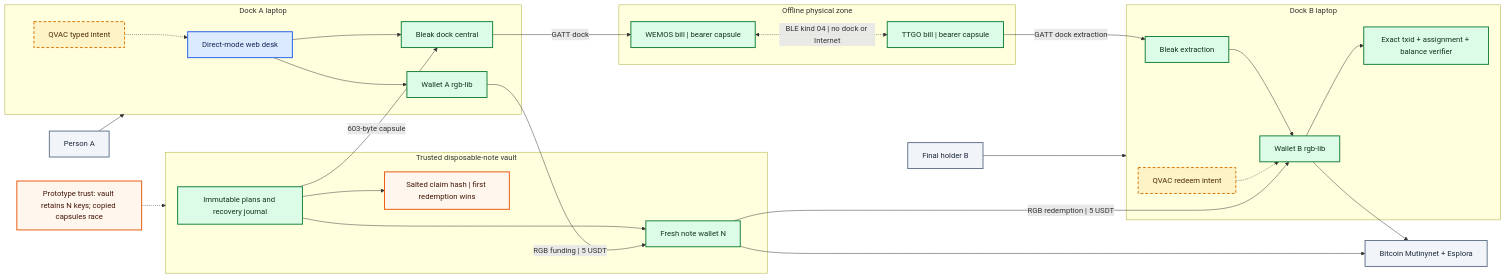
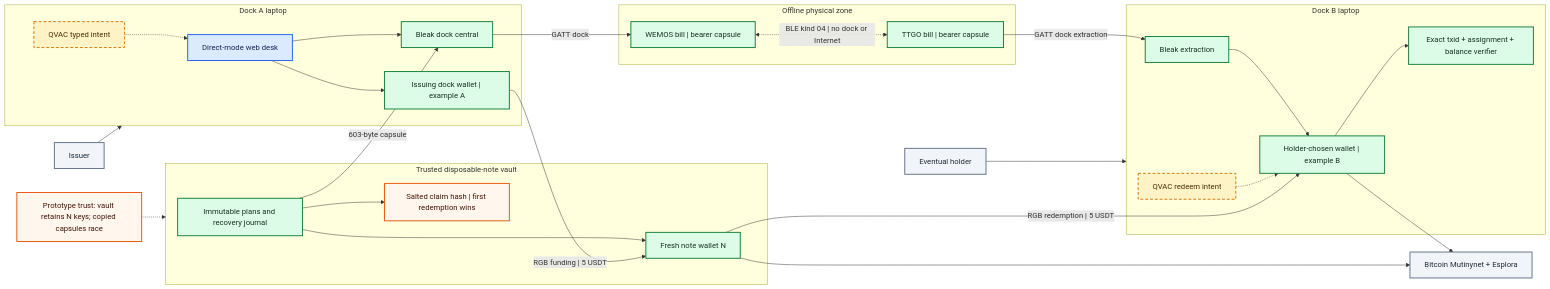
The diagram in docs/diagrams/src/01-system-architecture.mmd (EdwinKestler/bill), drawn with Mermaid before and after one commit. The commit also changed 47 other files, not shown here.

Commit message:
Ship offline RGB bearer-note web flow

```diff
--- a/docs/diagrams/src/01-system-architecture.mmd
+++ b/docs/diagrams/src/01-system-architecture.mmd
@@ -1,57 +1,57 @@
 flowchart LR
     classDef verified fill:#dcfce7,stroke:#16803a,color:#12351f,stroke-width:2px
     classDef implemented fill:#dbeafe,stroke:#2563eb,color:#172554,stroke-width:2px
     classDef planned fill:#fef3c7,stroke:#d97706,color:#4a2b05,stroke-width:2px,stroke-dasharray:6 4
     classDef external fill:#f1f5f9,stroke:#64748b,color:#1e293b,stroke-width:2px
     classDef warning fill:#fff7ed,stroke:#ea580c,color:#431407,stroke-width:2px
 
-    humanA["Person A"]:::external
-    humanB["Final holder B"]:::external
+    humanA["Issuer"]:::external
+    humanB["Eventual holder"]:::external
 
     subgraph dockAZone["Dock A laptop"]
         webA["Direct-mode web desk"]:::implemented
-        walletA["Wallet A rgb-lib"]:::verified
+        walletA["Issuing dock wallet | example A"]:::verified
         bleA["Bleak dock central"]:::verified
         qvacA["QVAC typed intent"]:::planned
         webA --> walletA
         webA --> bleA
         qvacA -.-> webA
     end
 
     subgraph vaultZone["Trusted disposable-note vault"]
         notePolicy["Immutable plans and recovery journal"]:::verified
         noteN["Fresh note wallet N"]:::verified
         claim["Salted claim hash | first redemption wins"]:::warning
         notePolicy --> noteN
         notePolicy --> claim
     end
 
     subgraph physical["Offline physical zone"]
         billA["WEMOS bill | bearer capsule"]:::verified
         billB["TTGO bill | bearer capsule"]:::verified
         billA <-.->|"BLE kind 04 | no dock or Internet"| billB
     end
 
     subgraph dockBZone["Dock B laptop"]
         bleB["Bleak extraction"]:::verified
-        walletB["Wallet B rgb-lib"]:::verified
+        walletB["Holder-chosen wallet | example B"]:::verified
         settle["Exact txid + assignment + balance verifier"]:::verified
         qvacB["QVAC redeem intent"]:::planned
         bleB --> walletB --> settle
         qvacB -.-> walletB
     end
 
     chain["Bitcoin Mutinynet + Esplora"]:::external
 
     humanA --> dockAZone
     walletA -->|"RGB funding | 5 USDT"| noteN
     noteN --> chain
     notePolicy -->|"603-byte capsule"| bleA
     bleA -->|"GATT dock"| billA
     billB -->|"GATT dock extraction"| bleB
     noteN -->|"RGB redemption | 5 USDT"| walletB
     walletB --> chain
     humanB --> dockBZone
 
     noteTrust["Prototype trust: vault retains N keys; copied capsules race"]:::warning
     noteTrust -.-> vaultZone
```
